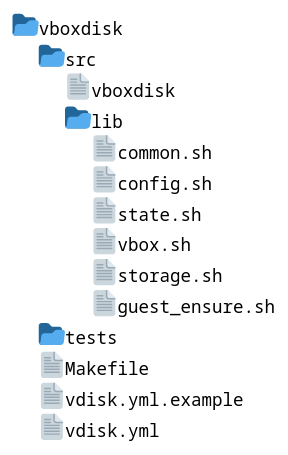
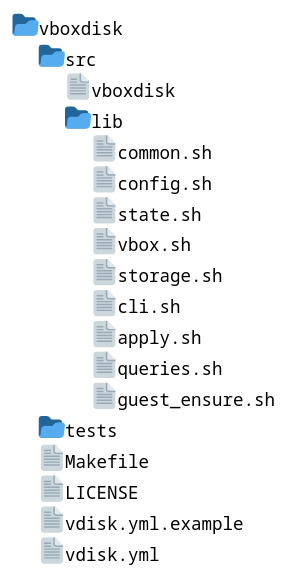
Before and after one commit to spalax-dev/vbox-disk-automation: the diagram in documento/images/arbol.puml, drawn with PlantUML. The commit also changed 11 other files, not shown here.

```diff
--- a/documento/images/arbol.puml
+++ b/documento/images/arbol.puml
@@ -1,18 +1,22 @@
 @startfiles
 
 /vboxdisk/
 /vboxdisk/src/
 /vboxdisk/src/vboxdisk
 /vboxdisk/src/lib/
 /vboxdisk/src/lib/common.sh
 /vboxdisk/src/lib/config.sh
 /vboxdisk/src/lib/state.sh
 /vboxdisk/src/lib/vbox.sh
 /vboxdisk/src/lib/storage.sh
+/vboxdisk/src/lib/cli.sh
+/vboxdisk/src/lib/apply.sh
+/vboxdisk/src/lib/queries.sh
 /vboxdisk/src/lib/guest_ensure.sh
 /vboxdisk/tests/
 /vboxdisk/Makefile
+/vboxdisk/LICENSE
 /vboxdisk/vdisk.yml.example
 /vboxdisk/vdisk.yml
 
 @endfiles
```
